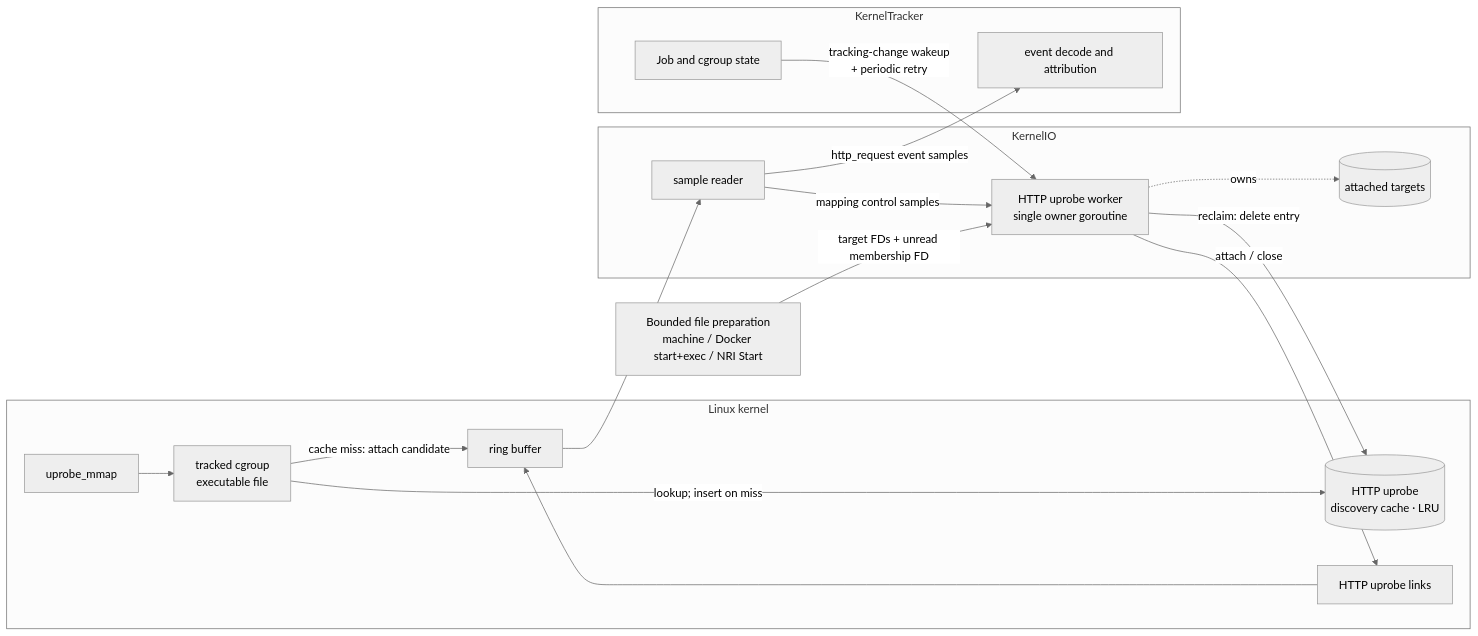
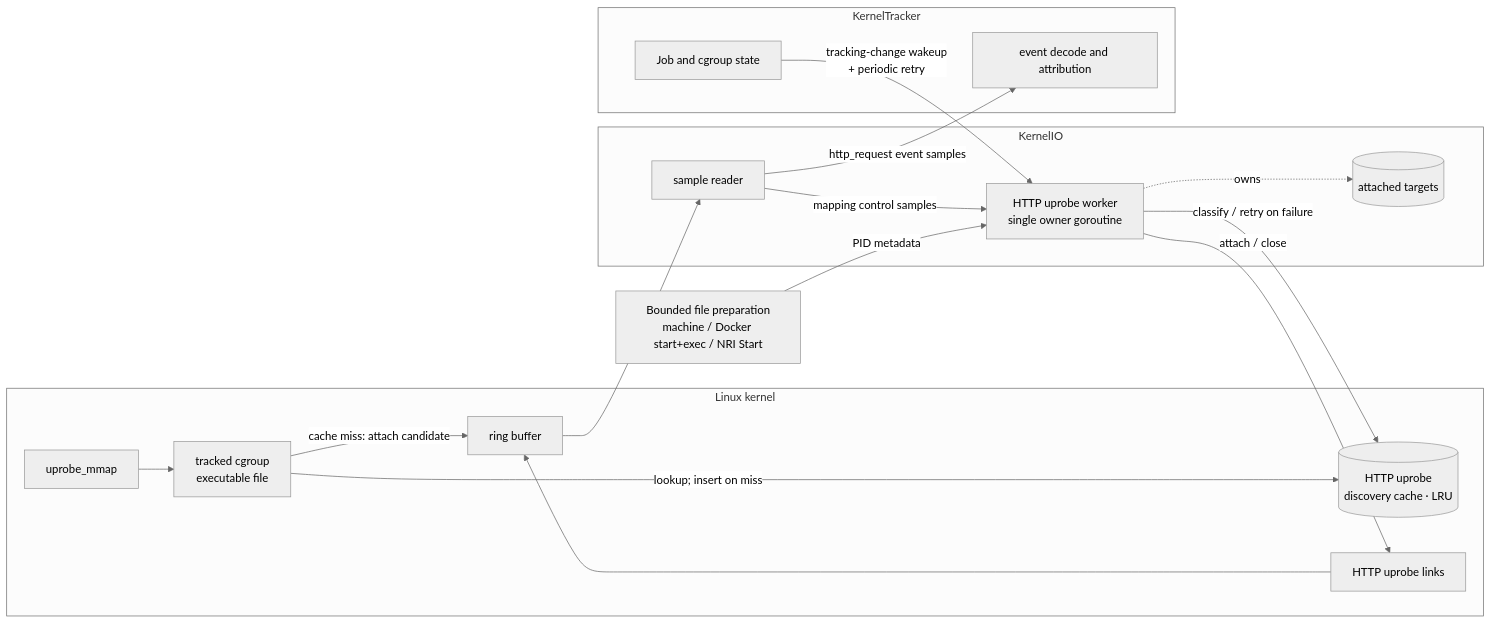
Before and after one commit to cicd-sensor/cicd-sensor: the first of 5 diagrams in docs/developer-guide/ebpf/http-uprobes.md, drawn with Mermaid (neutral theme). The commit also changed other lines of this file and 63 other files, not shown here.

````diff
--- a/docs/developer-guide/ebpf/http-uprobes.md
+++ b/docs/developer-guide/ebpf/http-uprobes.md
@@ -93,36 +93,36 @@
 ```mermaid
 flowchart LR
     subgraph KERNEL["Linux kernel"]
         MMAP["uprobe_mmap"]
         FILTER["tracked cgroup<br/>executable file"]
         CACHE[("HTTP uprobe<br/>discovery cache · LRU")]
         LINKS["HTTP uprobe links"]
         EVENTS["ring buffer"]
         MMAP --> FILTER
         FILTER -->|"lookup; insert on miss"| CACHE
         FILTER -->|"cache miss: attach candidate"| EVENTS
         LINKS --> EVENTS
     end
 
     subgraph KIO["KernelIO"]
         READER["sample reader"]
         WORKER["HTTP uprobe worker<br/>single owner goroutine"]
         TARGETS[("attached targets")]
         READER -->|"mapping control samples"| WORKER
         WORKER -.->|"owns"| TARGETS
     end
 
     PREP["Bounded file preparation<br/>machine / Docker start+exec / NRI Start"]
-    PREP -->|"target FDs + unread membership FD"| WORKER
+    PREP -->|"PID metadata"| WORKER
 
     subgraph KT["KernelTracker"]
         CGROUPS["Job and cgroup state"]
         DECODE["event decode and attribution"]
     end
 
     EVENTS --> READER
     WORKER -->|"attach / close"| LINKS
-    WORKER -->|"reclaim: delete entry"| CACHE
+    WORKER -->|"classify / retry on failure"| CACHE
     CGROUPS -->|"tracking-change wakeup<br/>+ periodic retry"| WORKER
     READER -->|"http_request event samples"| DECODE
 ```
````
